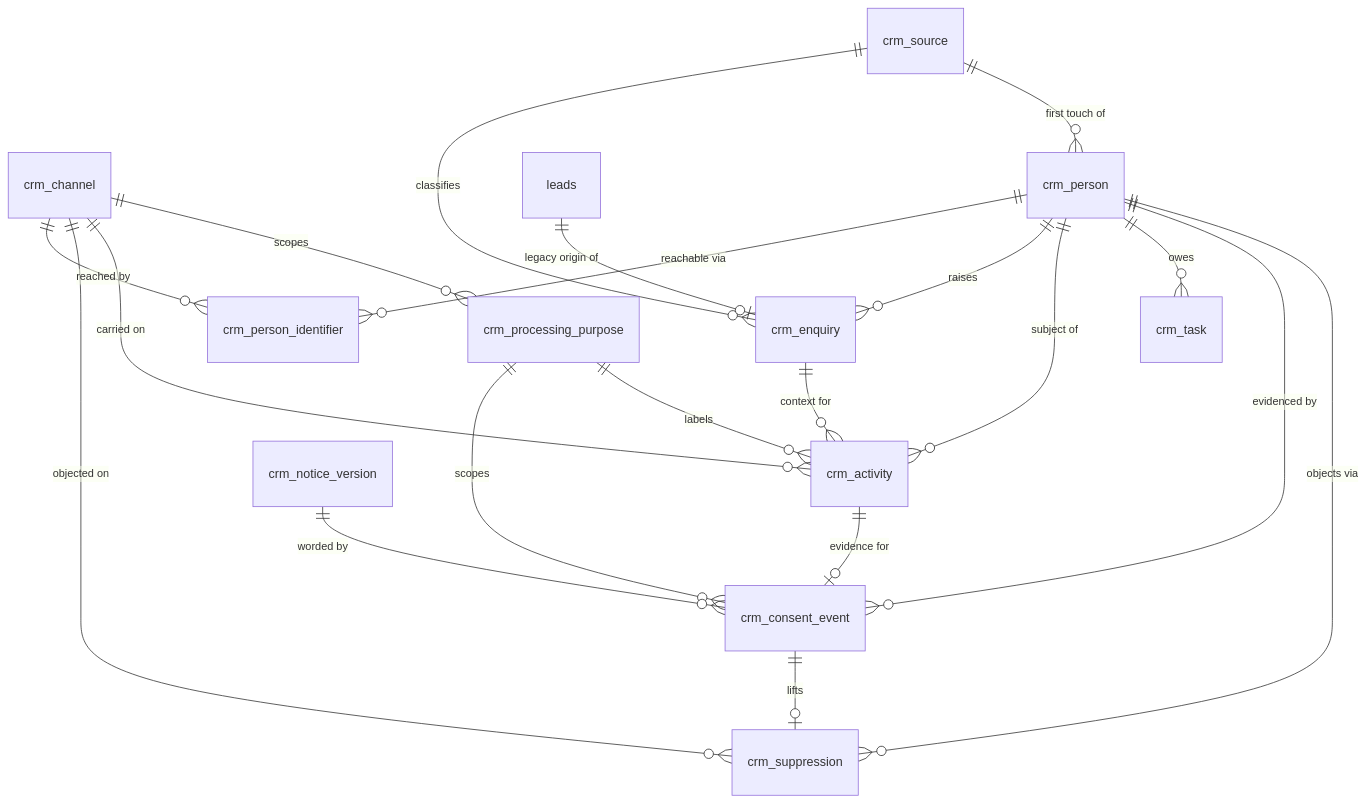
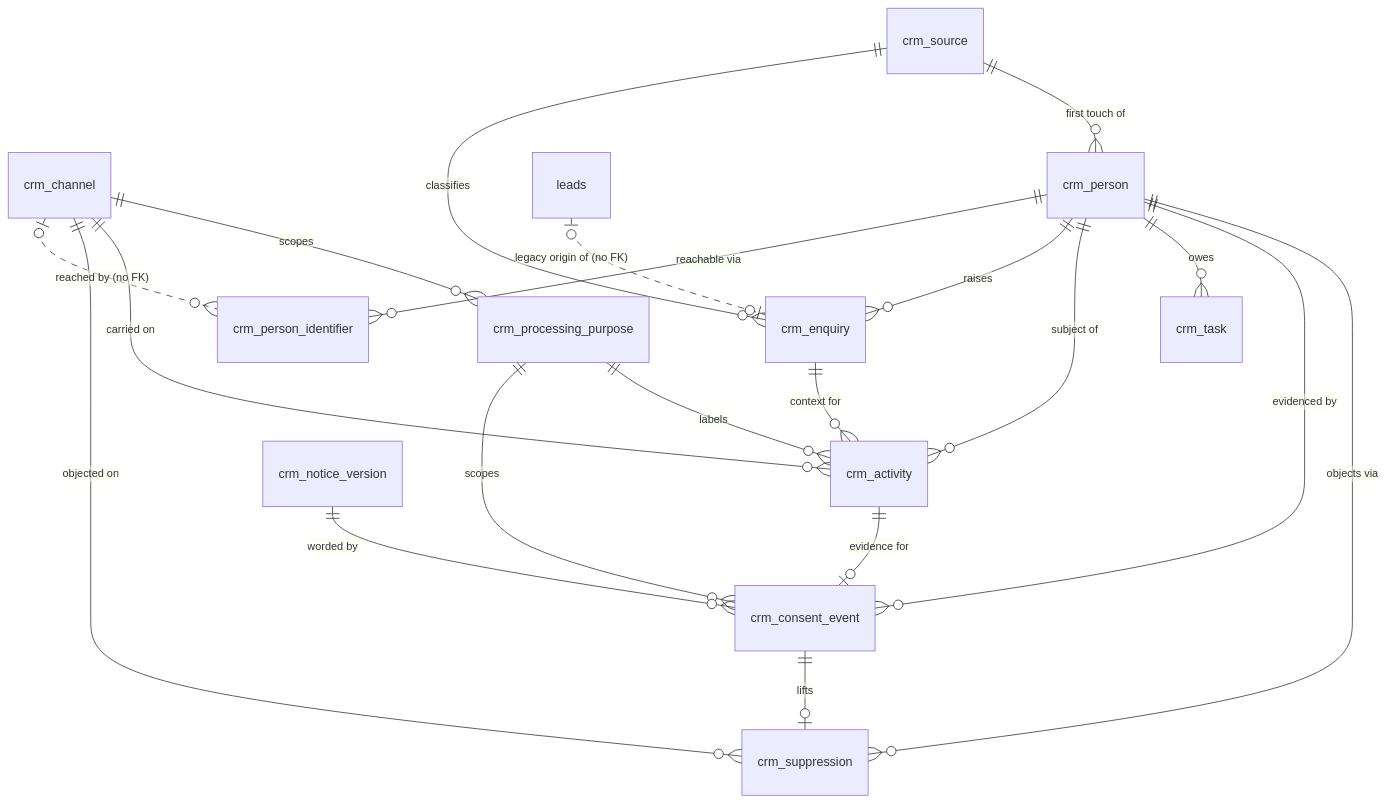
One commit to ForeverOs26/forever changed the first of 2 diagrams in docs/crm/CRM_DOMAIN_MODEL.md. Above: the diagram before and after it, drawn with Mermaid. The commit also changed other lines of this file and 10 other files, not shown here.

````diff
--- a/docs/crm/CRM_DOMAIN_MODEL.md
+++ b/docs/crm/CRM_DOMAIN_MODEL.md
@@ -481,22 +491,22 @@
 ```mermaid
 erDiagram
-    crm_channel ||--o{ crm_person_identifier : "reached by"
+    crm_channel |o..o{ crm_person_identifier : "reached by (no FK)"
     crm_channel ||--o{ crm_suppression : "objected on"
     crm_channel ||--o{ crm_activity : "carried on"
     crm_channel ||--o{ crm_processing_purpose : "scopes"
     crm_source ||--o{ crm_enquiry : "classifies"
     crm_source ||--o{ crm_person : "first touch of"
     crm_person ||--o{ crm_person_identifier : "reachable via"
     crm_person ||--o{ crm_enquiry : "raises"
     crm_person ||--o{ crm_activity : "subject of"
     crm_person ||--o{ crm_task : "owes"
     crm_person ||--o{ crm_consent_event : "evidenced by"
     crm_person ||--o{ crm_suppression : "objects via"
     crm_enquiry ||--o{ crm_activity : "context for"
     crm_activity ||--o| crm_consent_event : "evidence for"
     crm_consent_event ||--o| crm_suppression : "lifts"
     crm_processing_purpose ||--o{ crm_consent_event : "scopes"
     crm_processing_purpose ||--o{ crm_activity : "labels"
     crm_notice_version ||--o{ crm_consent_event : "worded by"
-    leads ||--o| crm_enquiry : "legacy origin of"
+    leads |o..o| crm_enquiry : "legacy origin of (no FK)"
 ```
````
